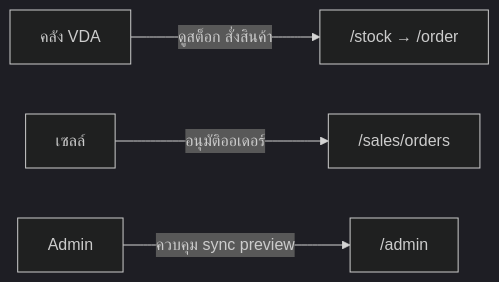
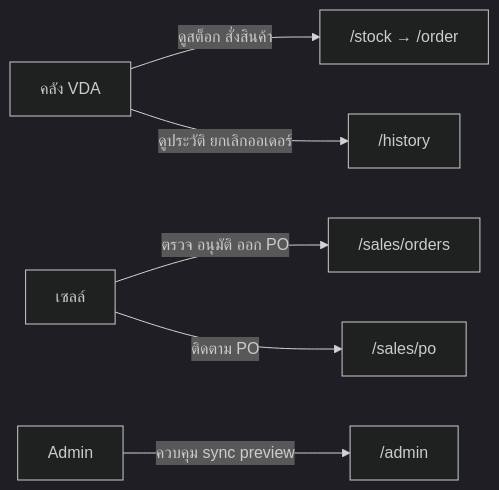
One commit to jintanabp/VMI changed the diagram in docs/wiki/00-home.md. Above: the diagram before and after it, drawn with Mermaid (dark theme). The commit also changed other lines of this file and 35 other files, not shown here.

````diff
--- a/docs/wiki/00-home.md
+++ b/docs/wiki/00-home.md
@@ -39,6 +42,8 @@
 ```mermaid
 flowchart LR
     VDA["คลัง VDA"] -->|ดูสต็อก สั่งสินค้า| Stock["/stock → /order"]
-    Sales["เซลล์"] -->|อนุมัติออเดอร์| Orders["/sales/orders"]
+    VDA -->|ดูประวัติ ยกเลิกออเดอร์| History["/history"]
+    Sales["เซลล์"] -->|ตรวจ อนุมัติ ออก PO| Orders["/sales/orders"]
+    Sales -->|ติดตาม PO| Po["/sales/po"]
     Admin["Admin"] -->|ควบคุม sync preview| AdminPage["/admin"]
 ```
````
